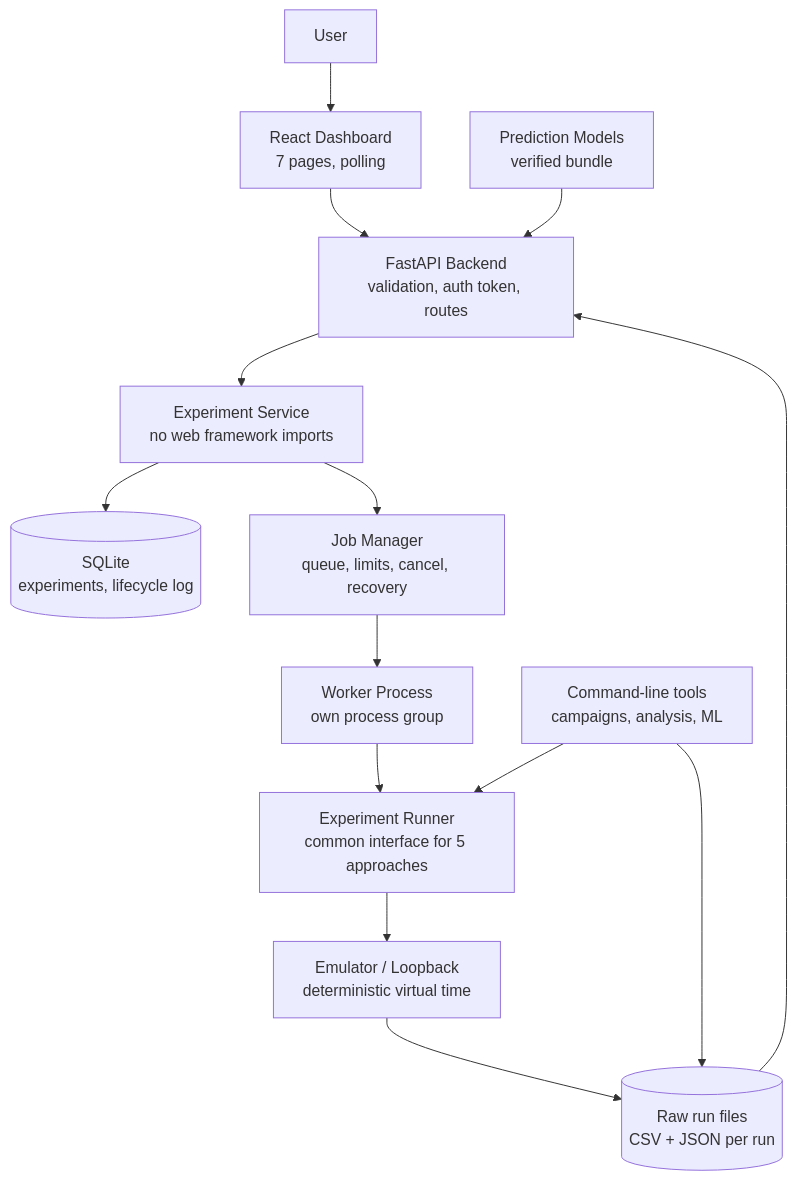
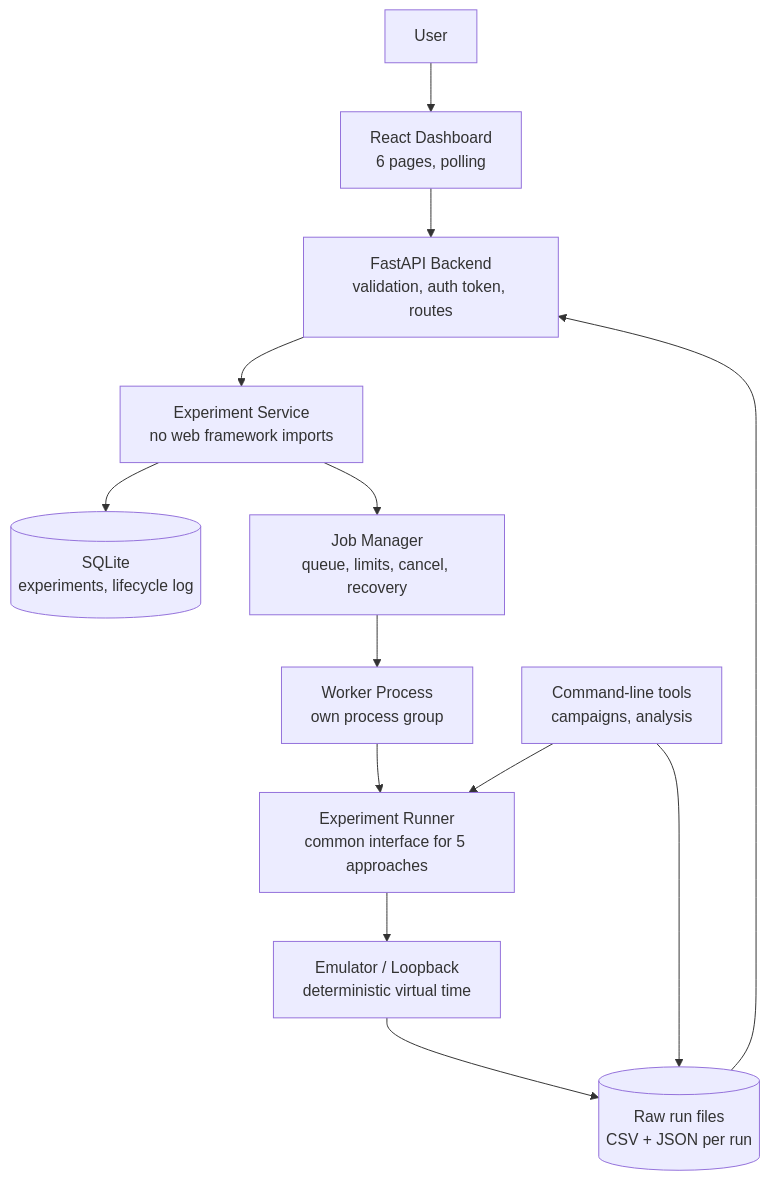
Before and after one commit to Rajlohith/netsim-lab: the first of 4 diagrams in README.md, drawn with Mermaid. The commit also changed other lines of this file and 96 other files, not shown here.

````diff
--- a/README.md
+++ b/README.md
@@ -148,24 +135,22 @@
 ```mermaid
 flowchart TD
     U[User]
-    D["React Dashboard<br/>7 pages, polling"]
+    D["React Dashboard<br/>6 pages, polling"]
     A["FastAPI Backend<br/>validation, auth token, routes"]
     S["Experiment Service<br/>no web framework imports"]
     DB[("SQLite<br/>experiments, lifecycle log")]
     J["Job Manager<br/>queue, limits, cancel, recovery"]
     W["Worker Process<br/>own process group"]
     R["Experiment Runner<br/>common interface for 5 approaches"]
     E["Emulator / Loopback<br/>deterministic virtual time"]
     F[("Raw run files<br/>CSV + JSON per run")]
-    ML["Prediction Models<br/>verified bundle"]
-    CLI["Command-line tools<br/>campaigns, analysis, ML"]
+    CLI["Command-line tools<br/>campaigns, analysis"]
 
     U --> D --> A --> S
     S --> DB
     S --> J --> W --> R --> E
     E --> F
     F --> A
-    ML --> A
     CLI --> R
     CLI --> F
 ```
````
